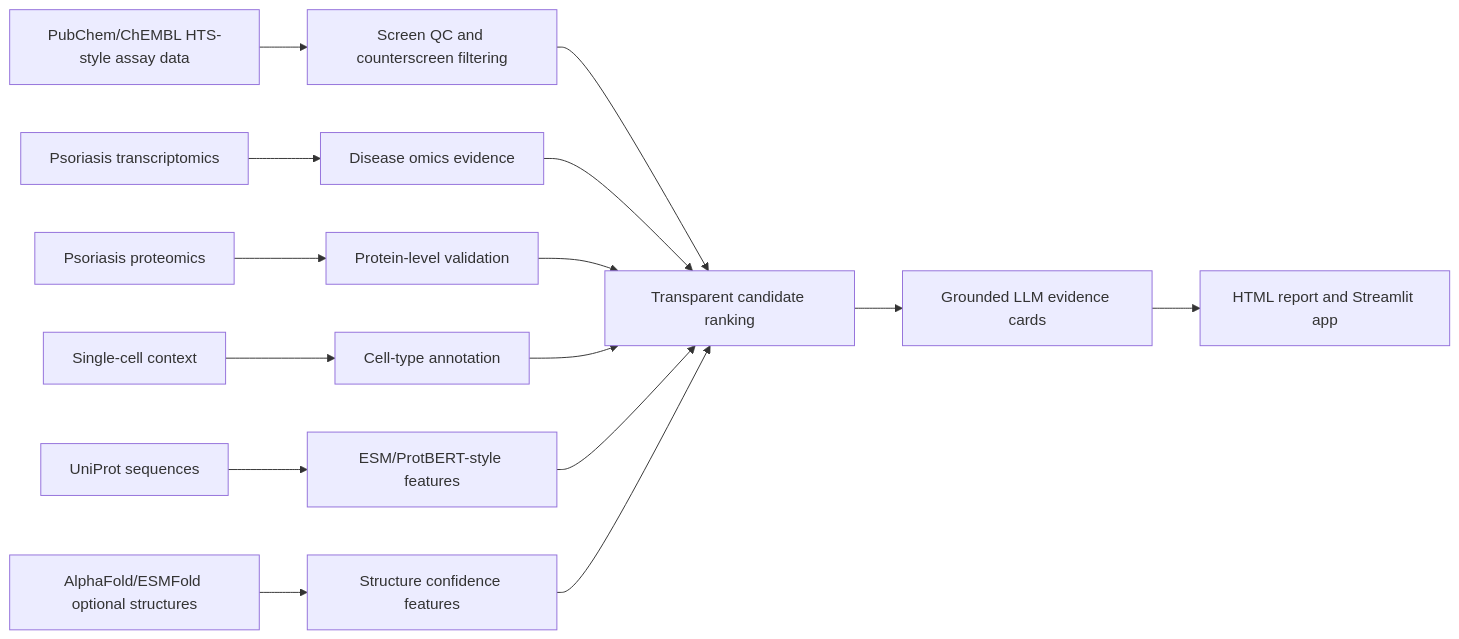
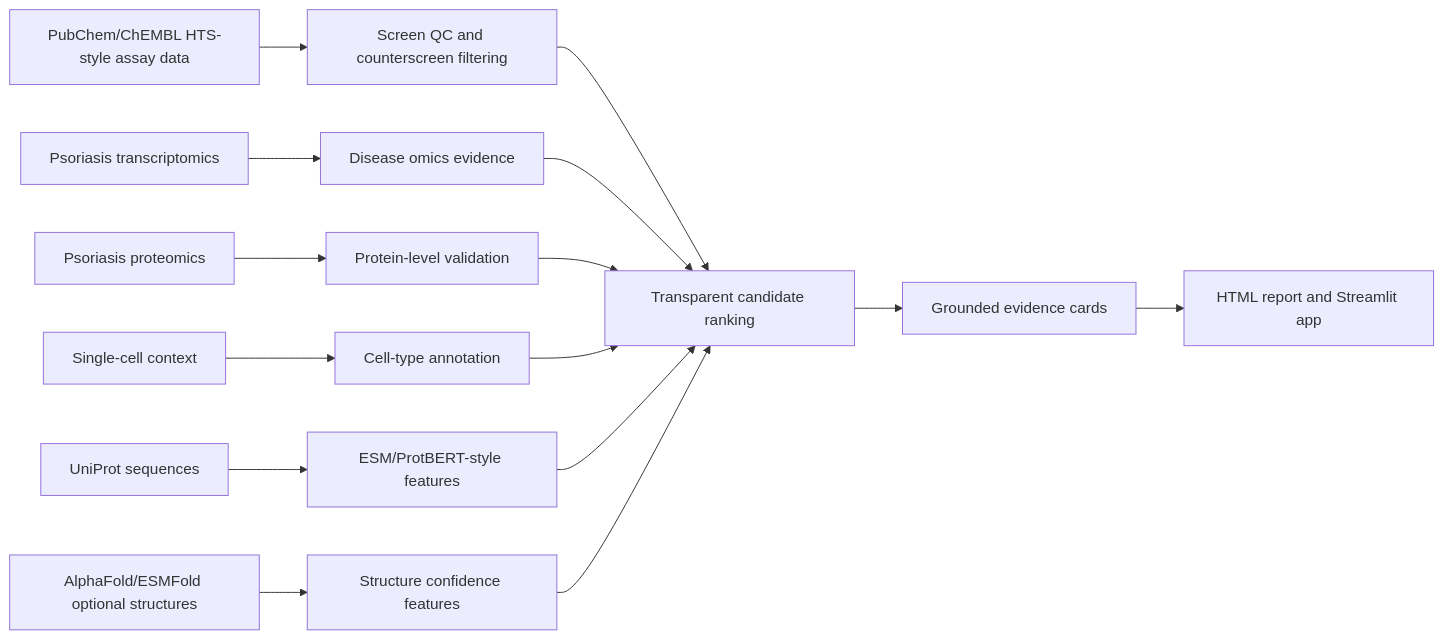
The diagram in README.md (Caffeinated-Code/HTS_IL17_Psoriasis), drawn with Mermaid before and after one commit. The commit also changed other lines of this file and 25 other files, not shown here.

````diff
--- a/README.md
+++ b/README.md
@@ -51,17 +66,17 @@
 ```mermaid
 flowchart LR
     A["PubChem/ChEMBL HTS-style assay data"] --> B["Screen QC and counterscreen filtering"]
     C["Psoriasis transcriptomics"] --> D["Disease omics evidence"]
     E["Psoriasis proteomics"] --> F["Protein-level validation"]
     G["Single-cell context"] --> H["Cell-type annotation"]
     I["UniProt sequences"] --> J["ESM/ProtBERT-style features"]
     K["AlphaFold/ESMFold optional structures"] --> L["Structure confidence features"]
     B --> M["Transparent candidate ranking"]
     D --> M
     F --> M
     H --> M
     J --> M
     L --> M
-    M --> N["Grounded LLM evidence cards"]
+    M --> N["Grounded evidence cards"]
     N --> O["HTML report and Streamlit app"]
 ```
````
